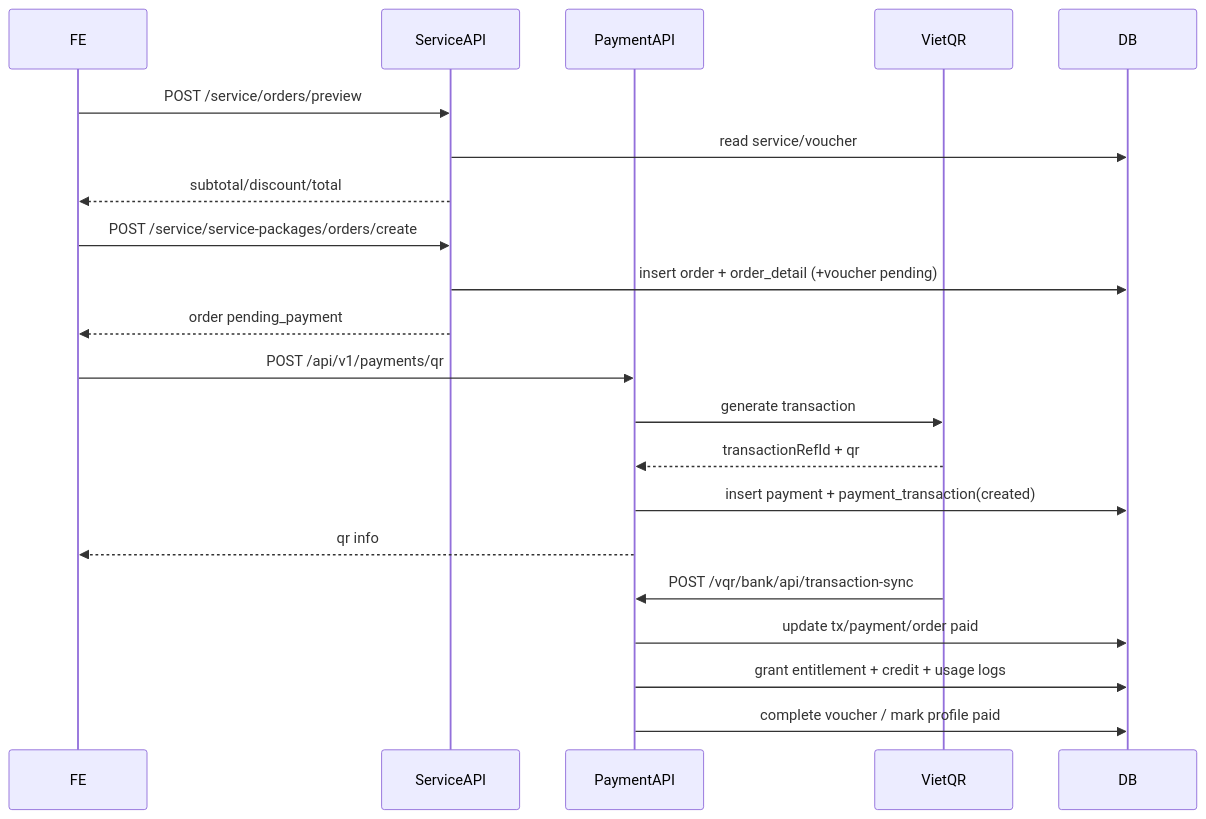
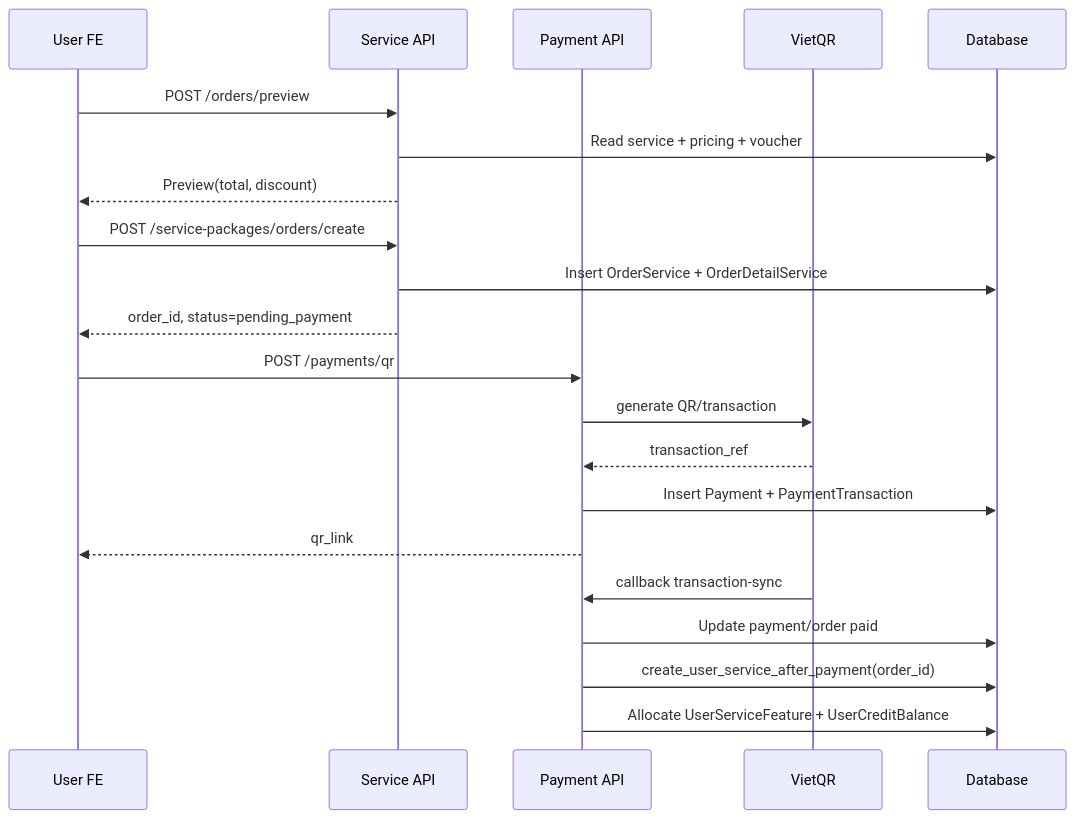
The second of 3 diagrams in subcriptionsv2.md (ntrieuvy/wikis), drawn with Mermaid before and after one commit. The commit also changed other lines of this file, not shown here.

First line of the commit message:
Update technical documentation for Subscription/Payment system

````diff
--- a/subcriptionsv2.md
+++ b/subcriptionsv2.md
@@ -63,27 +136,27 @@
 ```mermaid
 sequenceDiagram
-    participant FE
-    participant ServiceAPI
-    participant PaymentAPI
-    participant VietQR
-    participant DB
+    participant FE as User FE
+    participant S as Service API
+    participant P as Payment API
+    participant V as VietQR
+    participant DB as Database
 
-    FE->>ServiceAPI: POST /service/orders/preview
-    ServiceAPI->>DB: read service/voucher
-    ServiceAPI-->>FE: subtotal/discount/total
+    FE->>S: POST /orders/preview
+    S->>DB: Read service + pricing + voucher
+    S-->>FE: Preview(total, discount)
 
-    FE->>ServiceAPI: POST /service/service-packages/orders/create
-    ServiceAPI->>DB: insert order + order_detail (+voucher pending)
-    ServiceAPI-->>FE: order pending_payment
+    FE->>S: POST /service-packages/orders/create
+    S->>DB: Insert OrderService + OrderDetailService
+    S-->>FE: order_id, status=pending_payment
 
-    FE->>PaymentAPI: POST /api/v1/payments/qr
-    PaymentAPI->>VietQR: generate transaction
-    VietQR-->>PaymentAPI: transactionRefId + qr
-    PaymentAPI->>DB: insert payment + payment_transaction(created)
-    PaymentAPI-->>FE: qr info
+    FE->>P: POST /payments/qr
+    P->>V: generate QR/transaction
+    V-->>P: transaction_ref
+    P->>DB: Insert Payment + PaymentTransaction
+    P-->>FE: qr_link
 
-    VietQR->>PaymentAPI: POST /vqr/bank/api/transaction-sync
-    PaymentAPI->>DB: update tx/payment/order paid
-    PaymentAPI->>DB: grant entitlement + credit + usage logs
-    PaymentAPI->>DB: complete voucher / mark profile paid
+    V->>P: callback transaction-sync
+    P->>DB: Update payment/order paid
+    P->>DB: create_user_service_after_payment(order_id)
+    P->>DB: Allocate UserServiceFeature + UserCreditBalance
 ```
````
